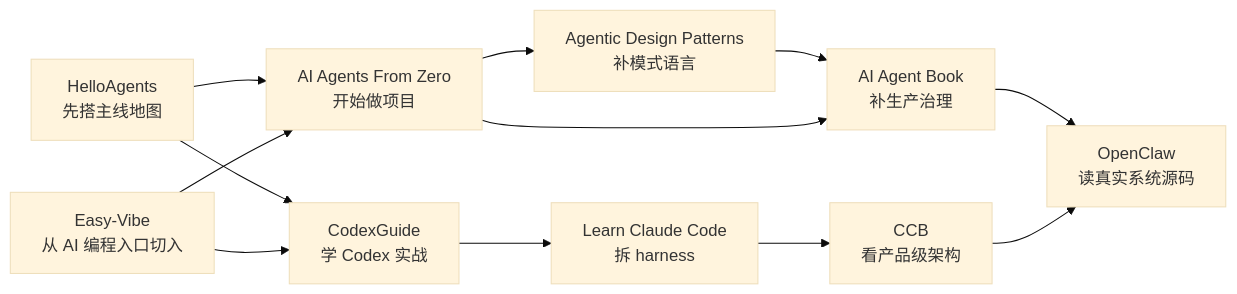
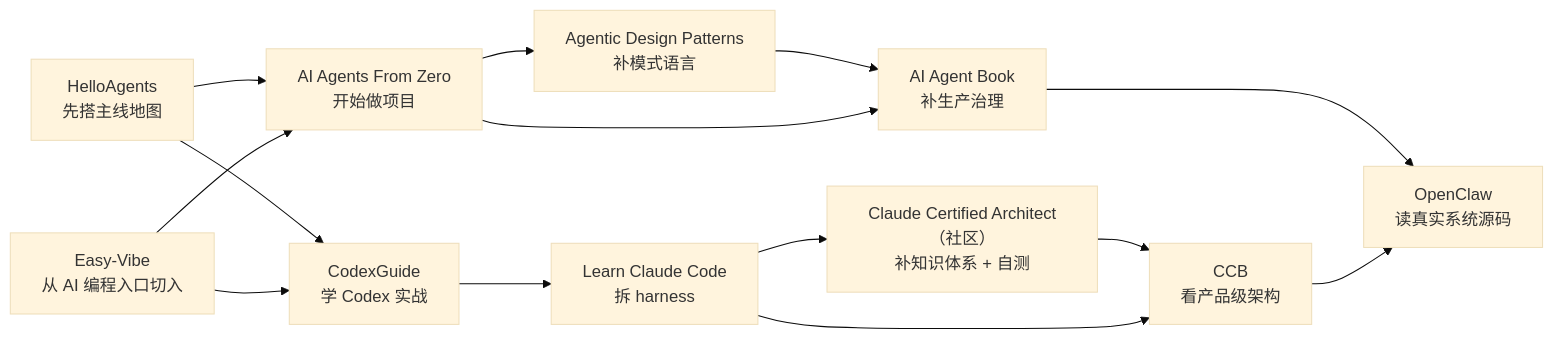
The diagram in docs/resources/index.md (xiaomingtx12/nice-ai-agent-study-resources), drawn with Mermaid (base theme) before and after one commit. The commit also changed other lines of this file and 4 other files, not shown here.

First line of the commit message:
docs(resources): 新增 Claude Certified Architect 资源页 + AGENTS.md 补一手写侧栏提醒

````diff
--- a/docs/resources/index.md
+++ b/docs/resources/index.md
@@ -24,24 +24,27 @@
 ```mermaid
 flowchart LR
   H["HelloAgents<br/>先搭主线地图"]
   Z["AI Agents From Zero<br/>开始做项目"]
   E["Easy-Vibe<br/>从 AI 编程入口切入"]
   G["CodexGuide<br/>学 Codex 实战"]
   L["Learn Claude Code<br/>拆 harness"]
+  CA["Claude Certified Architect（社区）<br/>补知识体系 + 自测"]
   C["CCB<br/>看产品级架构"]
   A["Agentic Design Patterns<br/>补模式语言"]
   B["AI Agent Book<br/>补生产治理"]
   O["OpenClaw<br/>读真实系统源码"]
 
   H --> Z
   E --> Z
   H --> G
   E --> G
   G --> L
+  L --> CA
+  CA --> C
   L --> C
   Z --> A
   A --> B
   Z --> B
   B --> O
   C --> O
 ```
````
